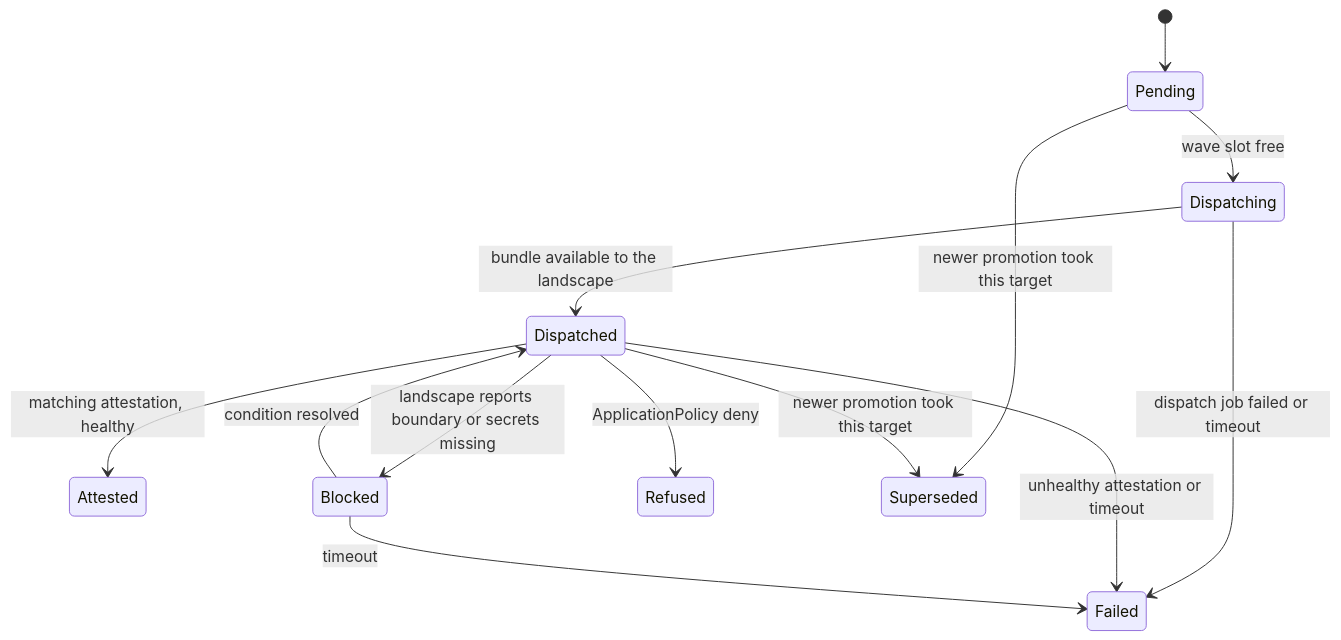
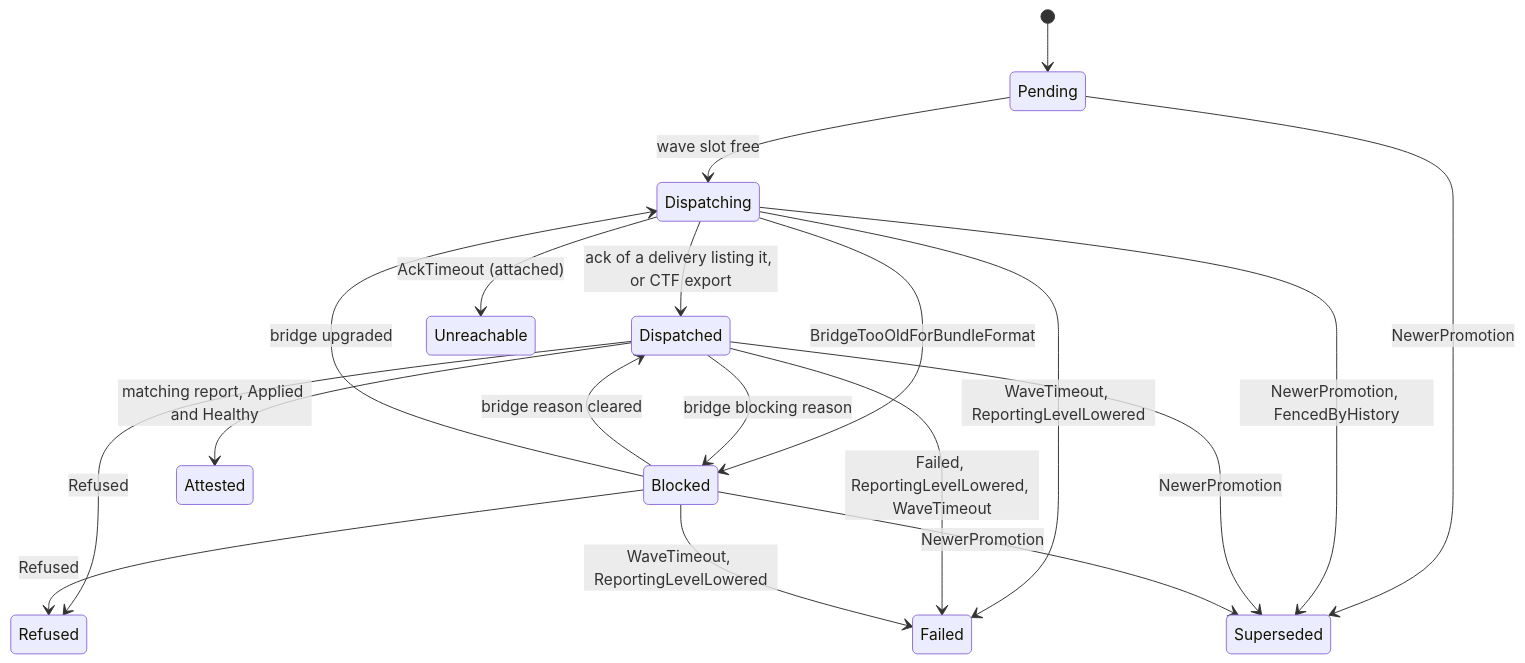
Before and after one commit to nirnanaaa/konfidence: the second of 3 diagrams in docs/design/05-promotion-and-rollout.md, drawn with Mermaid. The commit also changed other lines of this file and 12 other files, not shown here.

Commit message:
docs(design): apply adversarial review, add roadmap and ADR-0001

````diff
--- a/docs/design/05-promotion-and-rollout.md
+++ b/docs/design/05-promotion-and-rollout.md
@@ -188,15 +137,21 @@
 ```mermaid
 stateDiagram-v2
     [*] --> Pending
     Pending --> Dispatching: wave slot free
-    Dispatching --> Dispatched: bundle available to the landscape
-    Dispatching --> Failed: dispatch job failed or timeout
-    Dispatched --> Attested: matching attestation, healthy
-    Dispatched --> Blocked: landscape reports boundary or secrets missing
-    Blocked --> Dispatched: condition resolved
-    Dispatched --> Failed: unhealthy attestation or timeout
-    Blocked --> Failed: timeout
-    Dispatched --> Refused: ApplicationPolicy deny
-    Pending --> Superseded: newer promotion took this target
-    Dispatched --> Superseded: newer promotion took this target
+    Dispatching --> Dispatched: ack of a delivery listing it, or CTF export
+    Dispatching --> Unreachable: AckTimeout (attached)
+    Dispatching --> Blocked: BridgeTooOldForBundleFormat
+    Dispatching --> Failed: WaveTimeout, ReportingLevelLowered
+    Dispatched --> Attested: matching report, Applied and Healthy
+    Dispatched --> Blocked: bridge blocking reason
+    Blocked --> Dispatched: bridge reason cleared
+    Blocked --> Dispatching: bridge upgraded
+    Dispatched --> Refused: Refused
+    Blocked --> Refused: Refused
+    Dispatched --> Failed: Failed, ReportingLevelLowered, WaveTimeout
+    Blocked --> Failed: WaveTimeout, ReportingLevelLowered
+    Pending --> Superseded: NewerPromotion
+    Dispatching --> Superseded: NewerPromotion, FencedByHistory
+    Dispatched --> Superseded: NewerPromotion
+    Blocked --> Superseded: NewerPromotion
 ```
````
